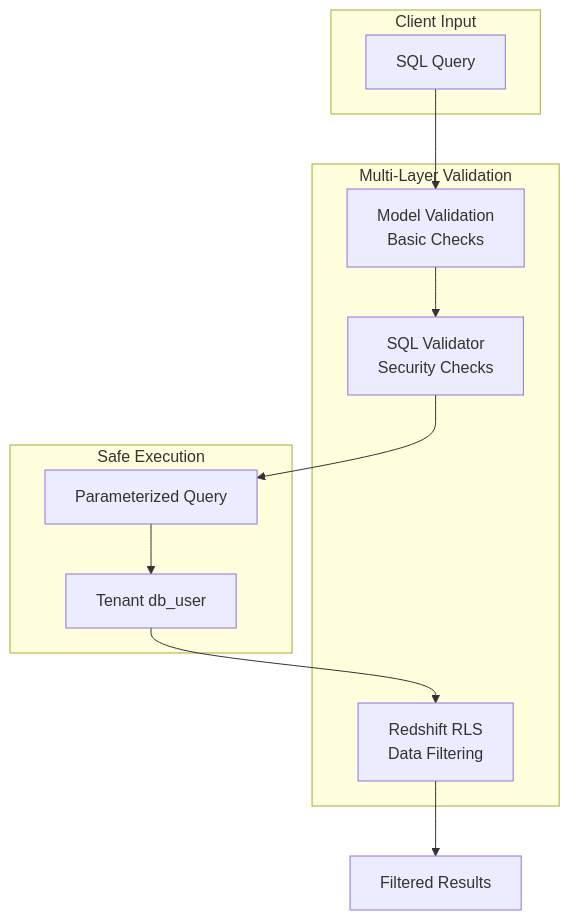
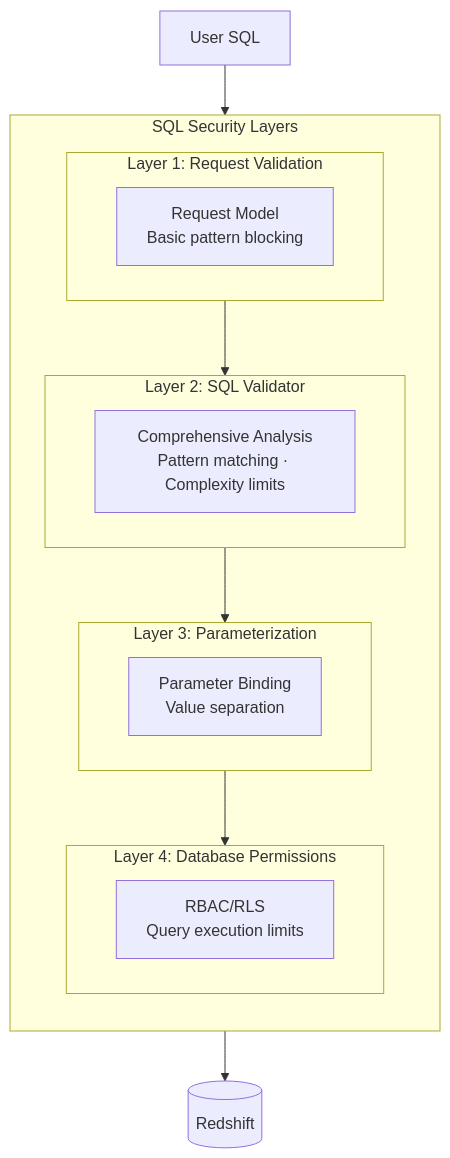
One commit to zhiweio/redshift-spectra changed the first of 9 diagrams in docs/security/sql-security.md. Above: the diagram before and after it, drawn with Mermaid. The commit also changed other lines of this file and 15 other files, not shown here.

````diff
--- a/docs/security/sql-security.md
+++ b/docs/security/sql-security.md
@@ -7,24 +9,24 @@
 ```mermaid
 flowchart TB
-    subgraph Input["Client Input"]
-        SQL[SQL Query]
+    subgraph Layers["SQL Security Layers"]
+        direction TB
+        
+        subgraph L1["Layer 1: Request Validation"]
+            REQ[Request Model<br/>Basic pattern blocking]
+        end
+        
+        subgraph L2["Layer 2: SQL Validator"]
+            VAL[Comprehensive Analysis<br/>Pattern matching · Complexity limits]
+        end
+        
+        subgraph L3["Layer 3: Parameterization"]
+            PARAM[Parameter Binding<br/>Value separation]
+        end
+        
+        subgraph L4["Layer 4: Database Permissions"]
+            PERM[RBAC/RLS<br/>Query execution limits]
+        end
     end
     
-    subgraph Validation["Multi-Layer Validation"]
-        L1[Model Validation<br/>Basic Checks]
-        L2[SQL Validator<br/>Security Checks]
-        L3[Redshift RLS<br/>Data Filtering]
-    end
-    
-    subgraph Execution["Safe Execution"]
-        PARAM[Parameterized Query]
-        DBUSER[Tenant db_user]
-    end
-    
-    SQL --> L1
-    L1 --> L2
-    L2 --> PARAM
-    PARAM --> DBUSER
-    DBUSER --> L3
-    L3 --> RESULT[Filtered Results]
+    SQL[User SQL] --> L1 --> L2 --> L3 --> L4 --> RS[(Redshift)]
 ```
````
